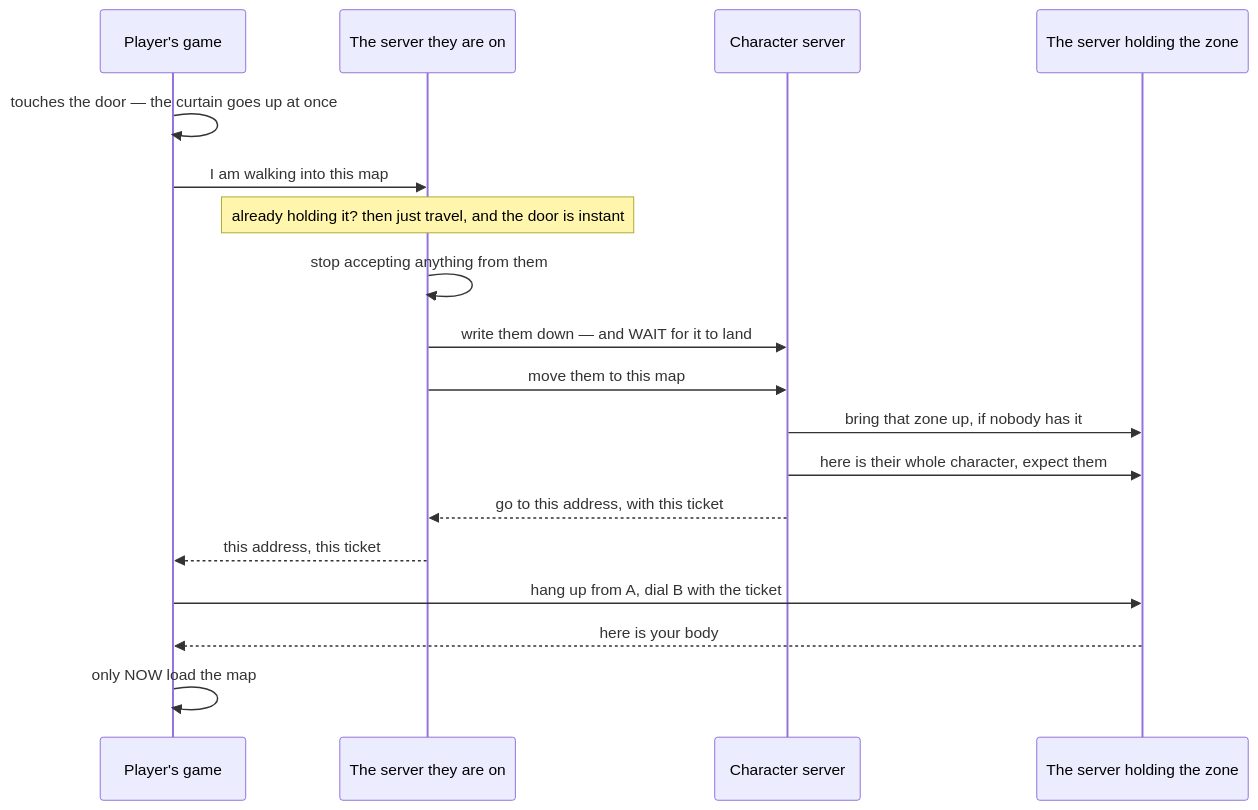
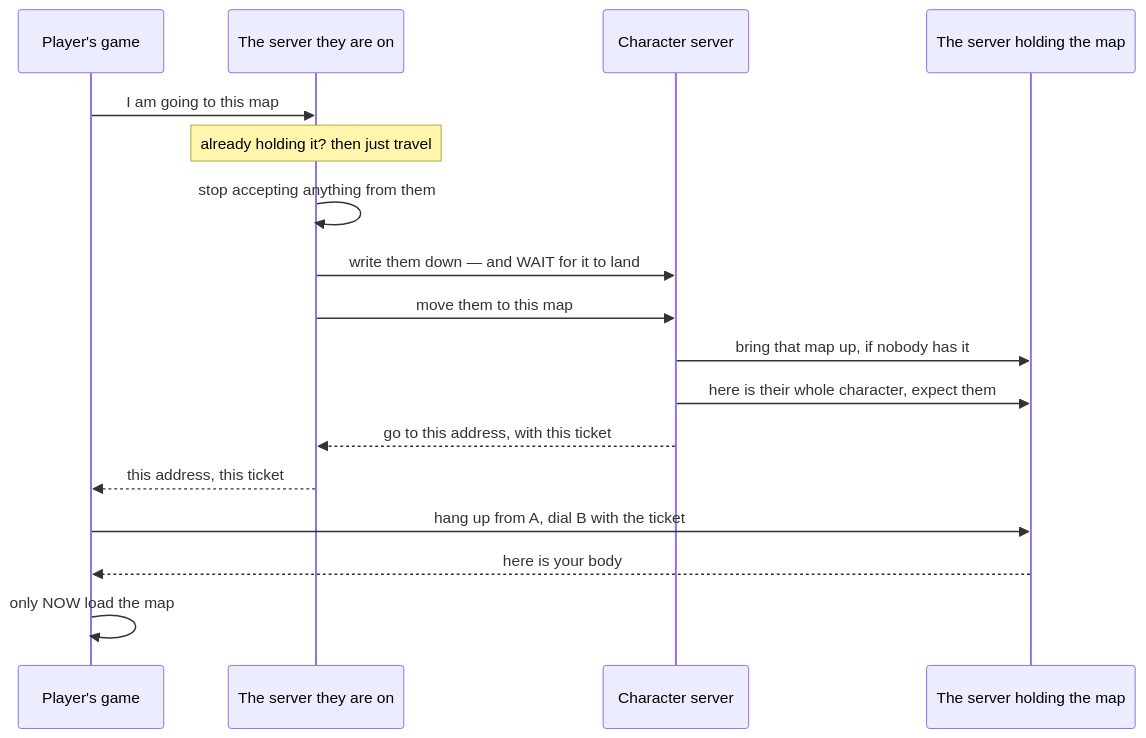
The second of 5 diagrams in docs/2-systems/networking/README.md (vinc01100101nT/unwritten-tempo), drawn with Mermaid before and after one commit. The commit also changed other lines of this file and 193 other files, not shown here.

````diff
--- a/docs/2-systems/networking/README.md
+++ b/docs/2-systems/networking/README.md
@@ -92,21 +93,20 @@
 ```mermaid
 sequenceDiagram
     participant G as Player's game
     participant A as The server they are on
     participant C as Character server
-    participant B as The server holding the zone
+    participant B as The server holding the map
 
-    G->>G: touches the door — the curtain goes up at once
-    G->>A: I am walking into this map
-    Note over A: already holding it? then just travel, and the door is instant
+    G->>A: I am going to this map
+    Note over A: already holding it? then just travel
     A->>A: stop accepting anything from them
     A->>C: write them down — and WAIT for it to land
     A->>C: move them to this map
-    C->>B: bring that zone up, if nobody has it
+    C->>B: bring that map up, if nobody has it
     C->>B: here is their whole character, expect them
     C-->>A: go to this address, with this ticket
     A-->>G: this address, this ticket
     G->>B: hang up from A, dial B with the ticket
     B-->>G: here is your body
     G->>G: only NOW load the map
 ```
````
